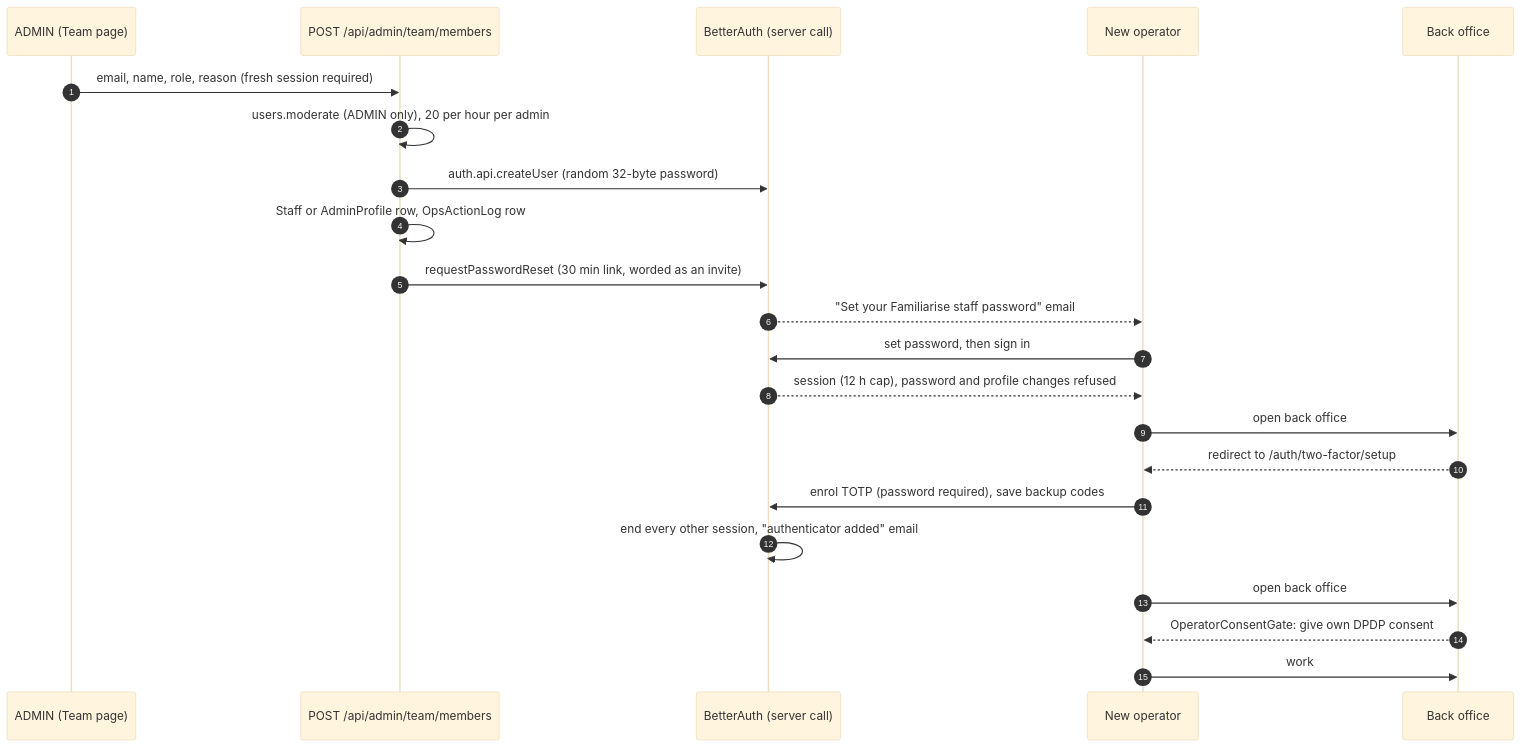
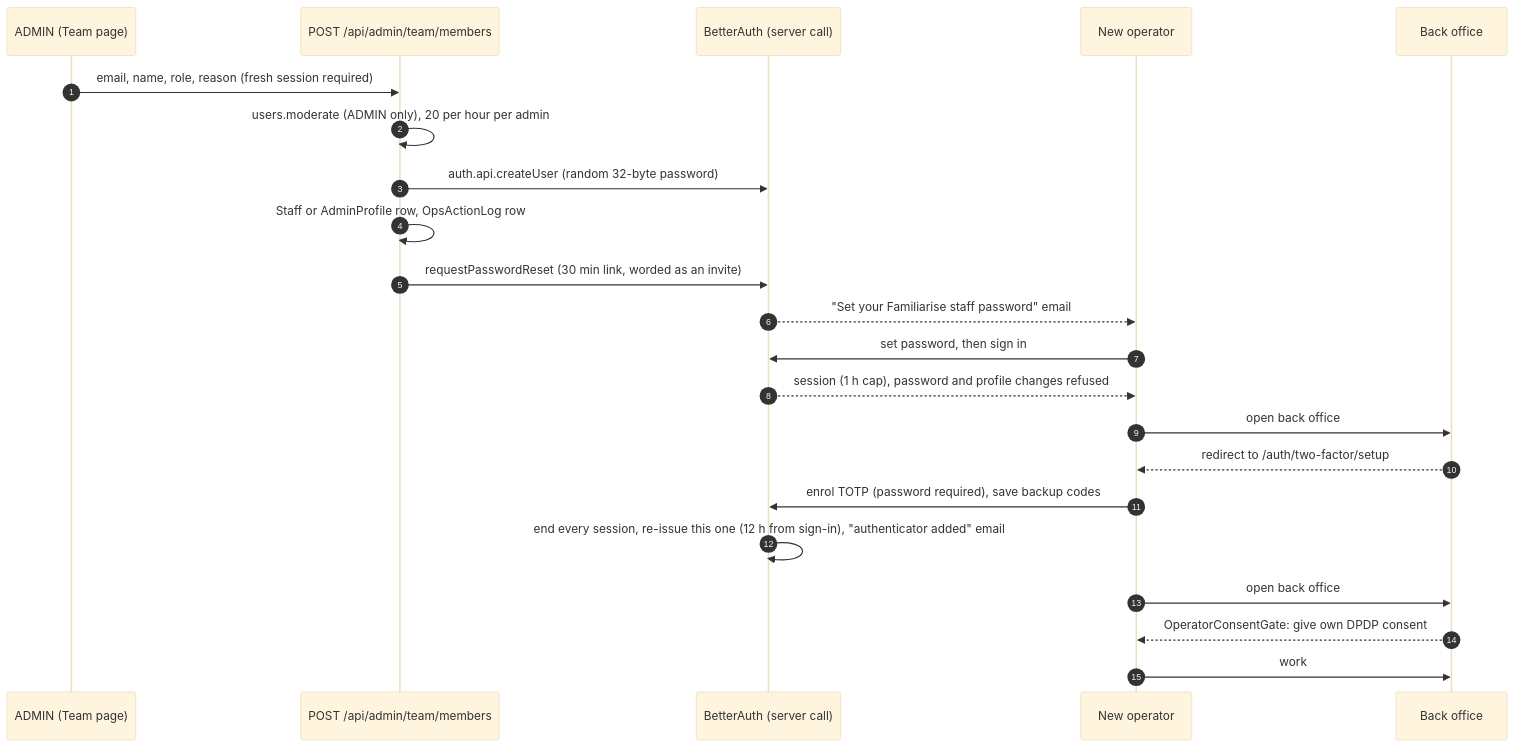
One commit to Practitionist/familiarise_web changed the diagram in docs/authentication/staff-onboarding.md. Above: the diagram before and after it, drawn with Mermaid (base theme). The commit also changed other lines of this file and 34 other files, not shown here.

````diff
--- a/docs/authentication/staff-onboarding.md
+++ b/docs/authentication/staff-onboarding.md
@@ -24,25 +24,25 @@
 ```mermaid
 sequenceDiagram
   autonumber
   participant A as ADMIN (Team page)
   participant API as POST /api/admin/team/members
   participant BA as BetterAuth (server call)
   participant S as New operator
   participant BO as Back office
 
   A->>API: email, name, role, reason (fresh session required)
   API->>API: users.moderate (ADMIN only), 20 per hour per admin
   API->>BA: auth.api.createUser (random 32-byte password)
   API->>API: Staff or AdminProfile row, OpsActionLog row
   API->>BA: requestPasswordReset (30 min link, worded as an invite)
   BA-->>S: "Set your Familiarise staff password" email
   S->>BA: set password, then sign in
-  BA-->>S: session (12 h cap), password and profile changes refused
+  BA-->>S: session (1 h cap), password and profile changes refused
   S->>BO: open back office
   BO-->>S: redirect to /auth/two-factor/setup
   S->>BA: enrol TOTP (password required), save backup codes
-  BA->>BA: end every other session, "authenticator added" email
+  BA->>BA: end every session, re-issue this one (12 h from sign-in), "authenticator added" email
   S->>BO: open back office
   BO-->>S: OperatorConsentGate: give own DPDP consent
   S->>BO: work
 ```
````
